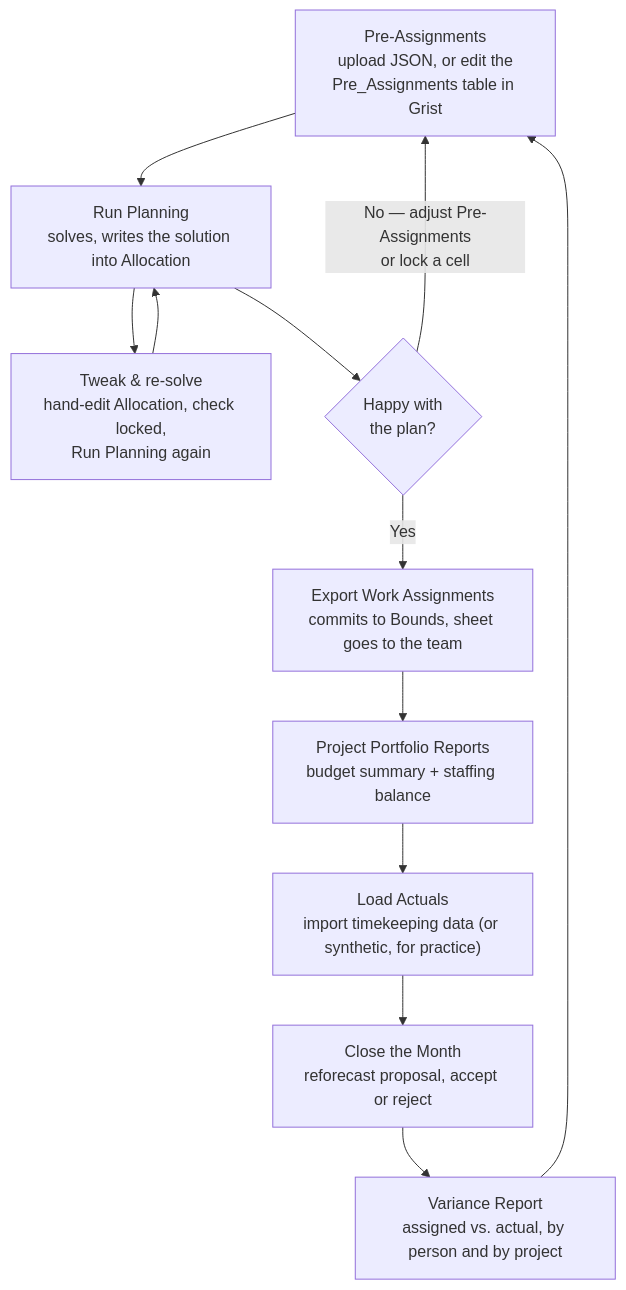
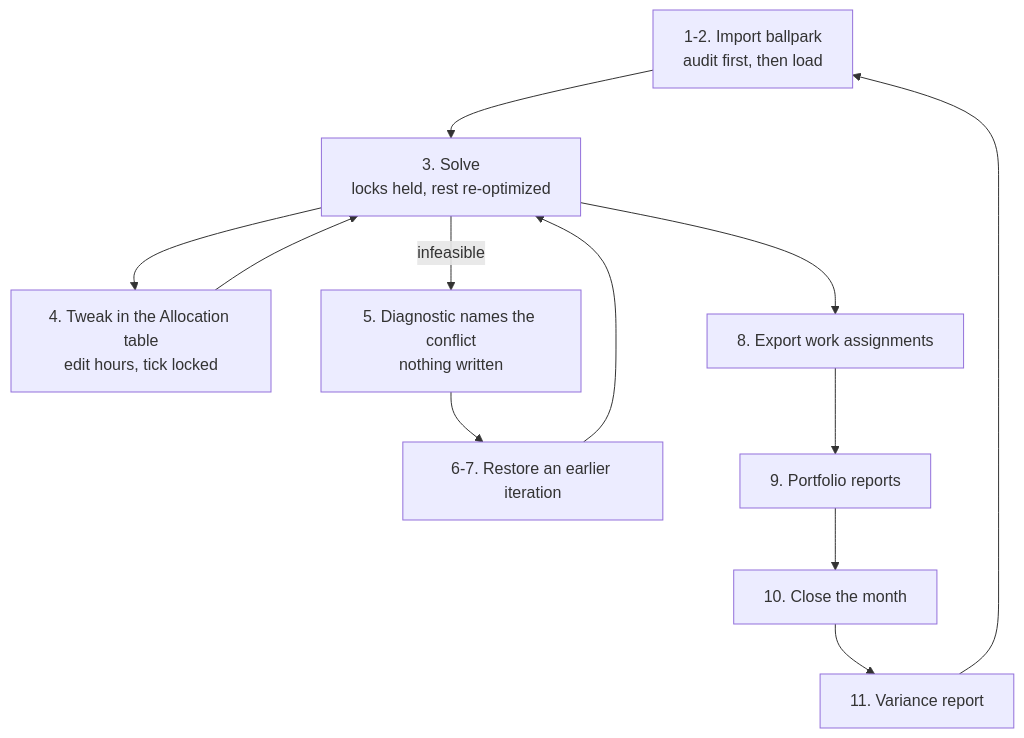
Before and after one commit to hatandspecs/general_assignment_solver: the diagram in docs/09-planner-tutorial.md, drawn with Mermaid. The commit also changed other lines of this file and 26 other files, not shown here.

````diff
--- a/docs/09-planner-tutorial.md
+++ b/docs/09-planner-tutorial.md
@@ -10,14 +23,14 @@
 ```mermaid
 flowchart TD
-    A["Pre-Assignments<br/>upload JSON, or edit the<br/>Pre_Assignments table in Grist"] --> B["Run Planning<br/>solves, writes the solution into Allocation"]
-    B --> T["Tweak & re-solve<br/>hand-edit Allocation, check locked,<br/>Run Planning again"]
-    T --> B
-    B --> C{"Happy with<br/>the plan?"}
-    C -->|"No — adjust Pre-Assignments<br/>or lock a cell"| A
-    C -->|"Yes"| D["Export Work Assignments<br/>commits to Bounds, sheet goes to the team"]
-    D --> E["Project Portfolio Reports<br/>budget summary + staffing balance"]
-    E --> F["Load Actuals<br/>import timekeeping data (or synthetic, for practice)"]
-    F --> G["Close the Month<br/>reforecast proposal, accept or reject"]
-    G --> H["Variance Report<br/>assigned vs. actual, by person and by project"]
-    H --> A
+    IMP["1-2. Import ballpark<br/>audit first, then load"] --> SV
+    SV["3. Solve<br/>locks held, rest re-optimized"] --> TW
+    TW["4. Tweak in the Allocation table<br/>edit hours, tick locked"] --> SV
+    SV -->|infeasible| DIAG["5. Diagnostic names the conflict<br/>nothing written"]
+    DIAG --> BACK
+    BACK["6-7. Restore an earlier iteration"] --> SV
+    SV --> EX["8. Export work assignments"]
+    EX --> PR["9. Portfolio reports"]
+    PR --> CL["10. Close the month"]
+    CL --> VR["11. Variance report"]
+    VR --> IMP
 ```
````
